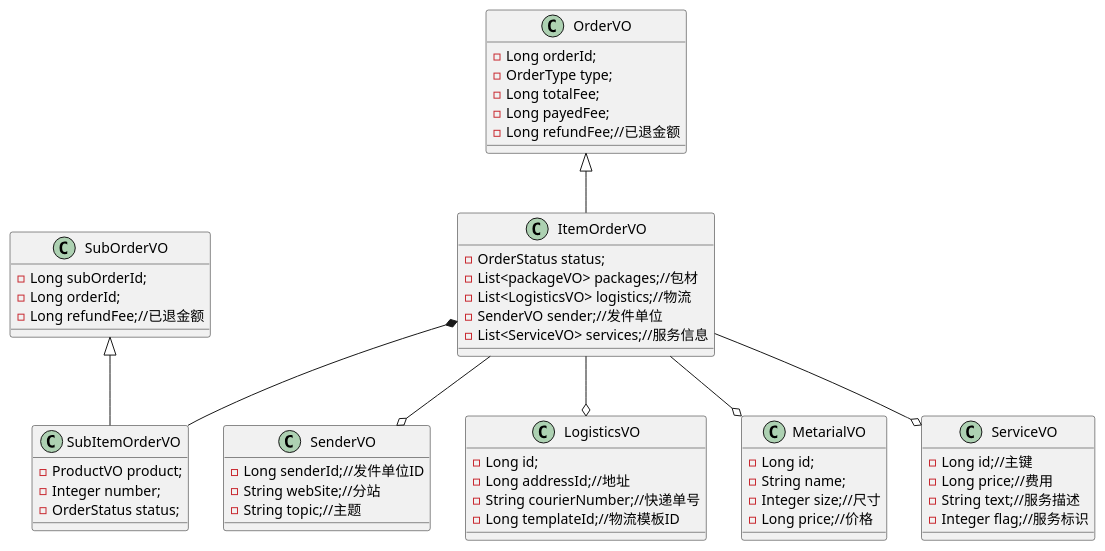
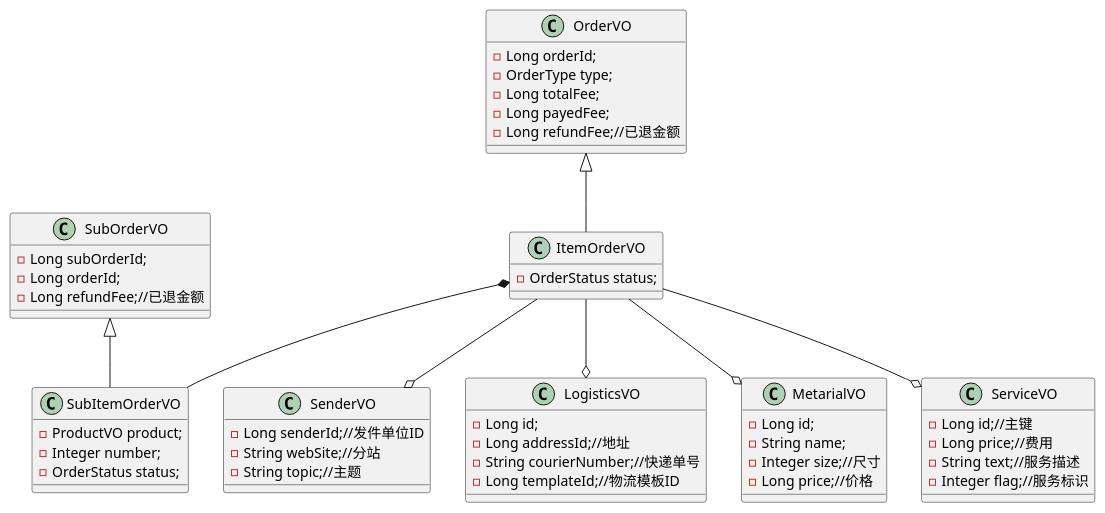
Before and after one commit to pogy/main-pom: the diagram in main4-order/main4-order-api/src/main/resources/orderData.puml, drawn with PlantUML. The commit also changed 2 other files, not shown here.

```diff
--- a/main4-order/main4-order-api/src/main/resources/orderData.puml
+++ b/main4-order/main4-order-api/src/main/resources/orderData.puml
@@ -1,70 +1,66 @@
 @startuml
 
 class OrderVO{
 -Long orderId;
 -OrderType type;
 -Long totalFee;
 -Long payedFee;
 -Long refundFee;//已退金额
 }
 
 class ItemOrderVO{
 -OrderStatus status;
--List<packageVO> packages;//包材
--List<LogisticsVO> logistics;//物流
--SenderVO sender;//发件单位
--List<ServiceVO> services;//服务信息
 }
 
 class SubOrderVO{
 -Long subOrderId;
 -Long orderId;
 -Long refundFee;//已退金额
 }
 
 class SubItemOrderVO{
 -ProductVO product;
 -Integer number;
 -OrderStatus status;
 }
 
 class SenderVO{
 -Long senderId;//发件单位ID
 -String webSite;//分站
 -String topic;//主题
 }
 
 class LogisticsVO{
 -Long id;
 -Long addressId;//地址
 -String courierNumber;//快递单号
 -Long templateId;//物流模板ID
 }
 
 class MetarialVO{
 -Long id;
 -String name;
 -Integer size;//尺寸
 -Long price;//价格
 }
 
 class ServiceVO{
 -Long id;//主键
 -Long price;//费用
 -String text;//服务描述
 -Integer flag;//服务标识
 }
 
 
 OrderVO <|-- ItemOrderVO
 SubOrderVO <|-- SubItemOrderVO
 
 ItemOrderVO *-- SubItemOrderVO
 ItemOrderVO --o ServiceVO
 
 ItemOrderVO --o SenderVO
 ItemOrderVO --o MetarialVO
 ItemOrderVO --o LogisticsVO
 
 
 @enduml
```
